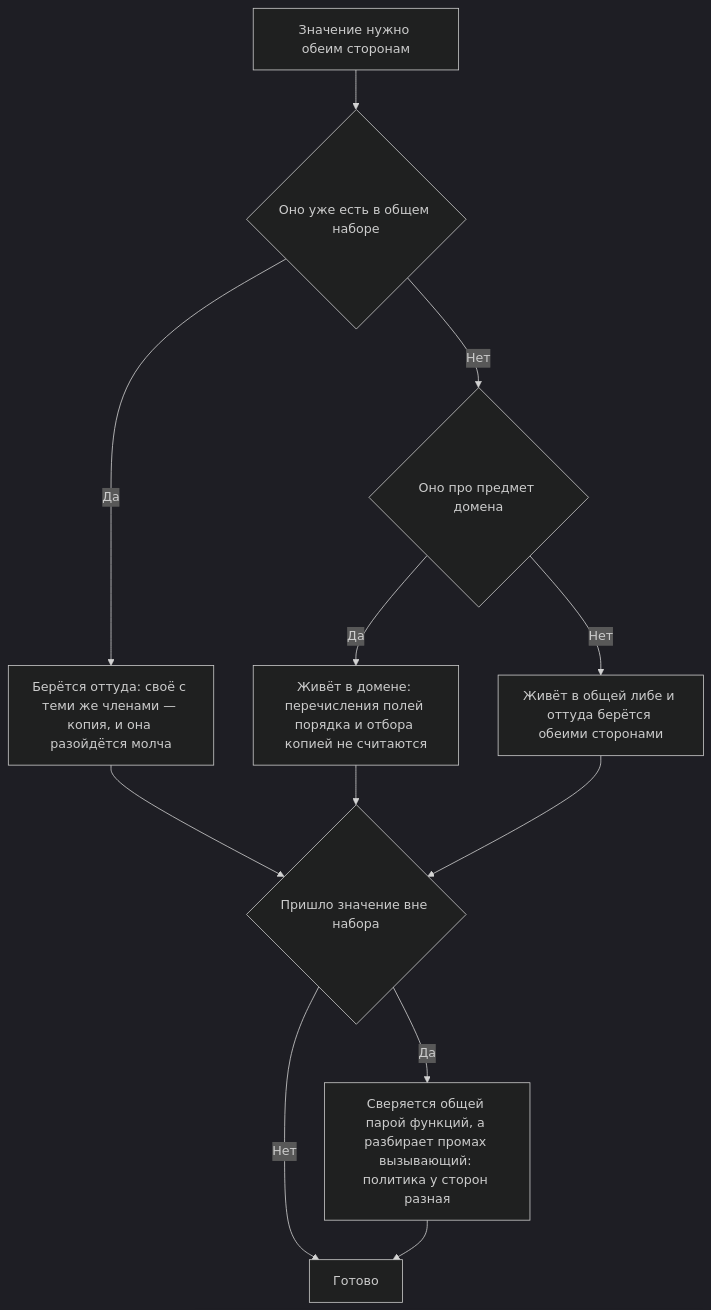
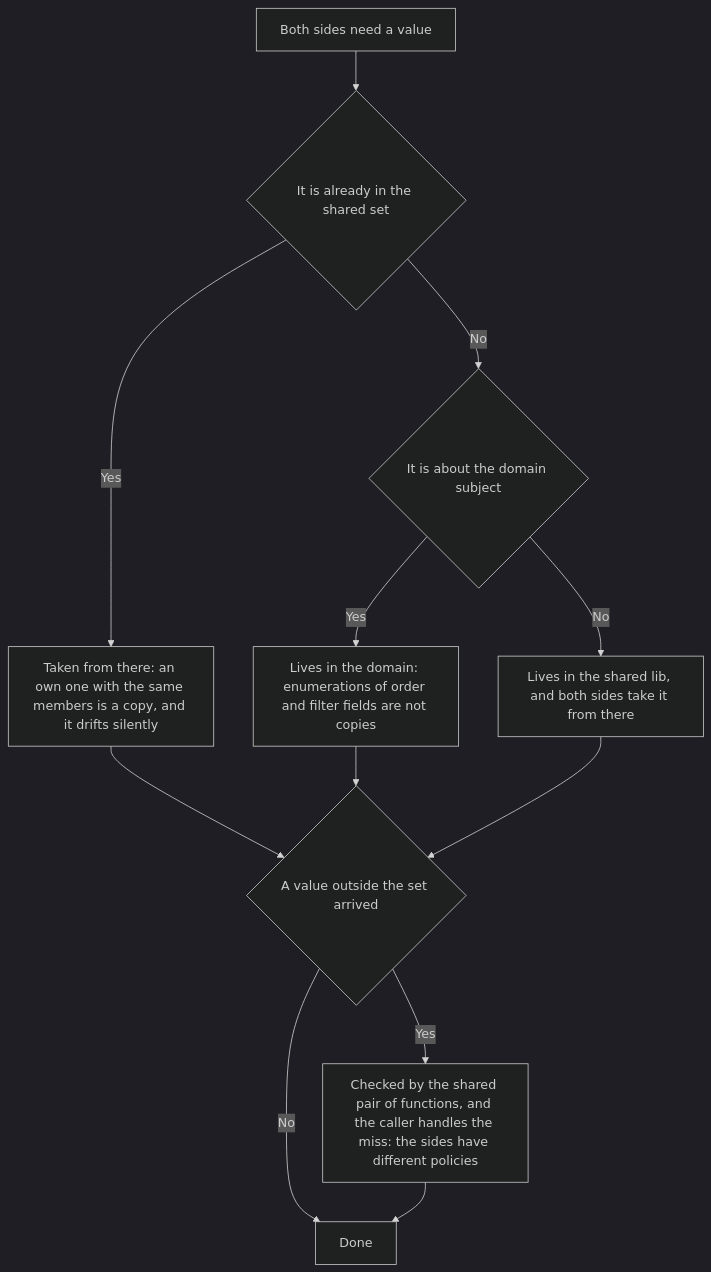
One commit to Eyhenij/rt-tools changed the diagram in projects/agent-kit/assets/rules/shared-code.md. Above: the diagram before and after it, drawn with Mermaid (dark theme). The commit also changed other lines of this file and 71 other files, not shown here.

````diff
--- a/projects/agent-kit/assets/rules/shared-code.md
+++ b/projects/agent-kit/assets/rules/shared-code.md
@@ -34,14 +35,14 @@
 ```mermaid
 flowchart TD
-    A[Значение нужно обеим сторонам] --> B{Оно уже есть в общем наборе}
-    B -->|Да| C[Берётся оттуда: своё с теми же членами — копия, и она разойдётся молча]
-    B -->|Нет| D{Оно про предмет домена}
-    D -->|Да| E[Живёт в домене: перечисления полей порядка и отбора копией не считаются]
-    D -->|Нет| F[Живёт в общей либе и оттуда берётся обеими сторонами]
-    C --> G{Пришло значение вне набора}
+    A[Both sides need a value] --> B{It is already in the shared set}
+    B -->|Yes| C[Taken from there: an own one with the same members is a copy, and it drifts silently]
+    B -->|No| D{It is about the domain subject}
+    D -->|Yes| E[Lives in the domain: enumerations of order and filter fields are not copies]
+    D -->|No| F[Lives in the shared lib, and both sides take it from there]
+    C --> G{A value outside the set arrived}
     E --> G
     F --> G
-    G -->|Да| H[Сверяется общей парой функций, а разбирает промах вызывающий: политика у сторон разная]
-    G -->|Нет| I[Готово]
+    G -->|Yes| H[Checked by the shared pair of functions, and the caller handles the miss: the sides have different policies]
+    G -->|No| I[Done]
     H --> I
 ```
````
